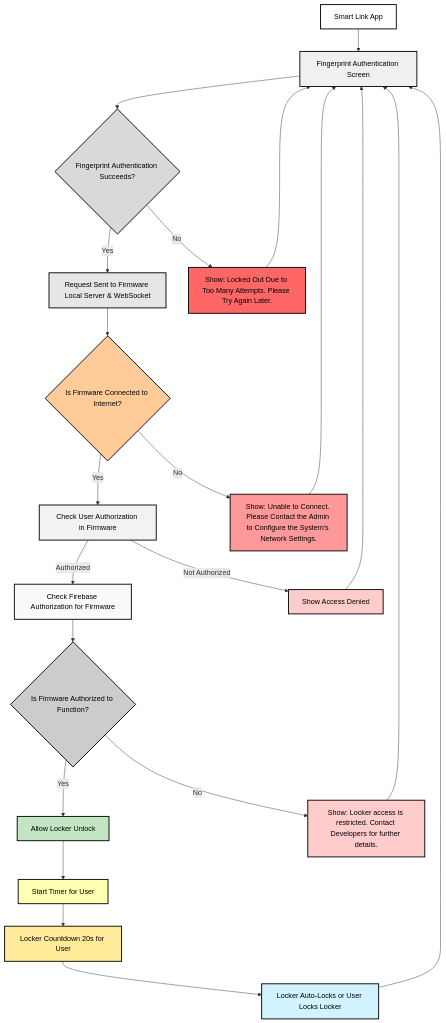
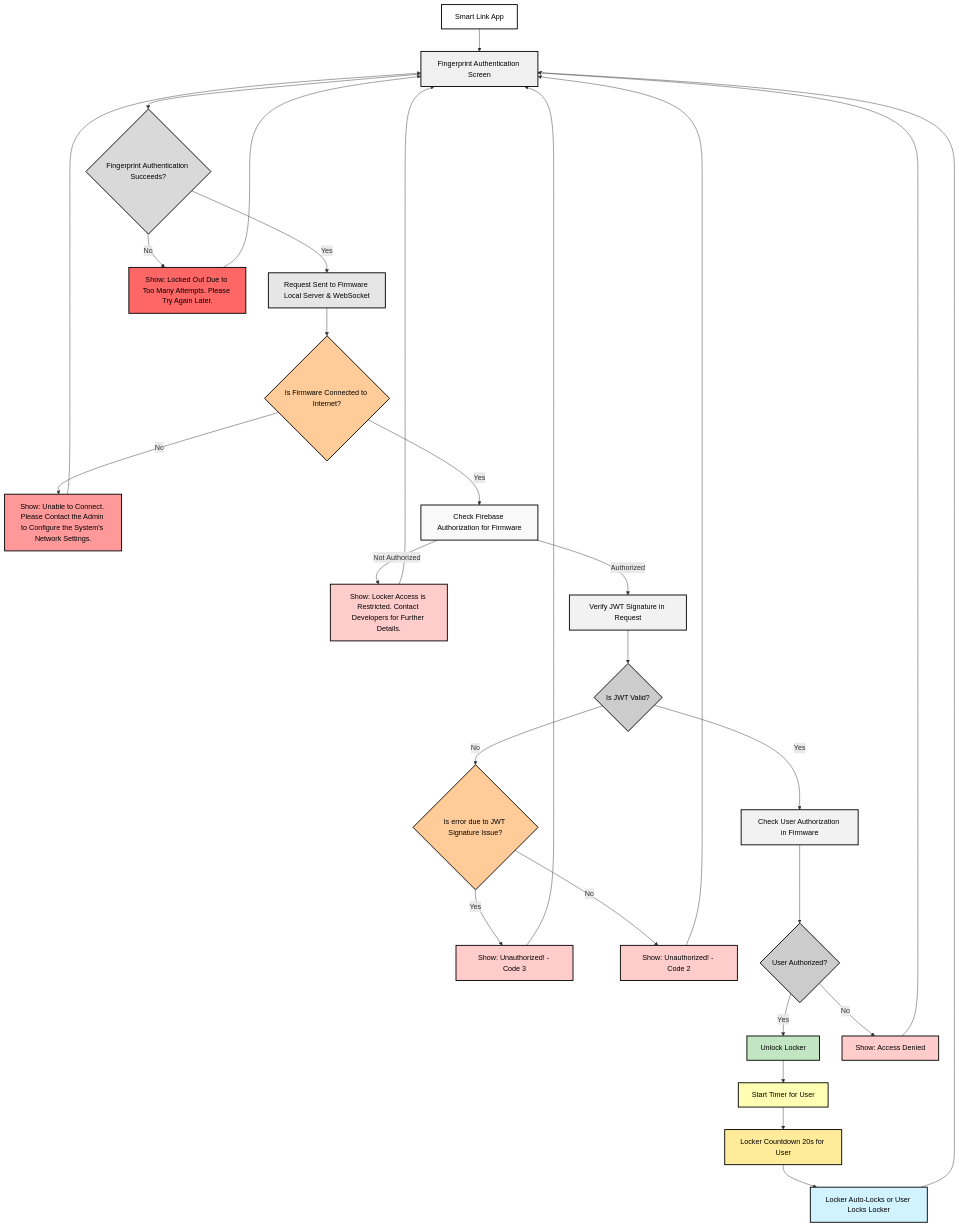
The second of 2 diagrams in README.md (mediocre9/esp-32-smart-safe-locker), drawn with Mermaid before and after one commit. The commit also changed other lines of this file, not shown here.

````diff
--- a/README.md
+++ b/README.md
@@ -106,41 +108,65 @@
 ```mermaid
-graph TD
+flowchart TD
+    %% Level 1 – Authentication
     A[Smart Link App] --> B[Fingerprint Authentication Screen]
     B --> C{Fingerprint Authentication Succeeds?}
-    C -->|Yes| D[Request Sent to Firmware Local Server & WebSocket]
-    C -->|No| N[Show: Locked Out Due to Too Many Attempts. Please Try Again Later.]
+    C -- Yes --> D[Request Sent to Firmware Local Server & WebSocket]
+    C -- No --> N[Show: Locked Out Due to Too Many Attempts. Please Try Again Later.]
     N --> B
+
+    %% Level 2 – Connectivity Check
     D --> O{Is Firmware Connected to Internet?}
-    O -->|Yes| E[Check User Authorization in Firmware]
-    O -->|No| X[Show: Unable to Connect. Please Contact the Admin to Configure the System's Network Settings.]
+    O -- No --> X[Show: Unable to Connect. Please Contact the Admin to Configure the System's Network Settings.]
     X --> B
-    E -->|Authorized| F[Check Firebase Authorization for Firmware]
-    E -->|Not Authorized| G[Show Access Denied]
+    O -- Yes --> F[Check Firebase Authorization for Firmware]
+
+    %% Level 3 – Firebase Authorization
+    F -- Not Authorized --> G[Show: Locker Access is Restricted. Contact Developers for Further Details.]
     G --> B
-    F --> H{Is Firmware Authorized to Function?}
-    H -->|Yes| I[Allow Locker Unlock]
-    H -->|No| J[Show: Locker access is restricted. Contact Developers for further details.]
-    J --> B
-    I --> K[Start Timer for User]
-    K --> L[Locker Countdown 20s for User]
-    L --> M[Locker Auto-Locks or User Locks Locker]
+    F -- Authorized --> H[Verify JWT Signature in Request]
+
+    %% Level 4 – JWT Verification
+    H --> I{Is JWT Valid?}
+    I -- Yes --> J[Check User Authorization in Firmware]
+    I -- No --> K{Is error due to JWT Signature Issue?}
+    K -- Yes --> M[Show: Unauthorized! - Code 3]
+    K -- No --> L[Show: Unauthorized! - Code 2]
     M --> B
+    L --> B
 
+    %% Level 5 – User Authorization
+    J --> Q{User Authorized?}
+    Q -- Yes --> R[Unlock Locker]
+    Q -- No --> Y[Show: Access Denied]
+    Y --> B
+
+    %% Level 6 – Locker Operation
+    R --> S[Start Timer for User]
+    S --> T[Locker Countdown 20s for User]
+    T --> U[Locker Auto-Locks or User Locks Locker]
+    U --> B
+
+    %% Styling
     style A fill:#ffffff,stroke:#000000,stroke-width:2px,color:#000000
     style B fill:#f0f0f0,stroke:#000000,stroke-width:2px,color:#000000
     style C fill:#d9d9d9,stroke:#000000,stroke-width:2px,color:#000000
     style D fill:#e6e6e6,stroke:#000000,stroke-width:2px,color:#000000
-    style E fill:#f2f2f2,stroke:#000000,stroke-width:2px,color:#000000
-    style F fill:#f9f9f9,stroke:#000000,stroke-width:2px,color:#000000
-    style G fill:#ffcccc,stroke:#000000,stroke-width:2px,color:#000000
-    style H fill:#cccccc,stroke:#000000,stroke-width:2px,color:#000000
-    style I fill:#c1e6c1,stroke:#000000,stroke-width:2px,color:#000000
-    style J fill:#ffcccc,stroke:#000000,stroke-width:2px,color:#000000
-    style K fill:#ffffb3,stroke:#000000,stroke-width:2px,color:#000000
-    style L fill:#ffeb99,stroke:#000000,stroke-width:2px,color:#000000
-    style M fill:#d1f2ff,stroke:#000000,stroke-width:2px,color:#000000
     style N fill:#ff6666,stroke:#000000,stroke-width:2px,color:#000000
     style O fill:#ffcc99,stroke:#000000,stroke-width:2px,color:#000000
     style X fill:#ff9999,stroke:#000000,stroke-width:2px,color:#000000
+    style F fill:#f9f9f9,stroke:#000000,stroke-width:2px,color:#000000
+    style G fill:#ffcccc,stroke:#000000,stroke-width:2px,color:#000000
+    style H fill:#f2f2f2,stroke:#000000,stroke-width:2px,color:#000000
+    style I fill:#cccccc,stroke:#000000,stroke-width:2px,color:#000000
+    style K fill:#ffcc99,stroke:#000000,stroke-width:2px,color:#000000
+    style M fill:#ffcccc,stroke:#000000,stroke-width:2px,color:#000000
+    style L fill:#ffcccc,stroke:#000000,stroke-width:2px,color:#000000
+    style J fill:#f2f2f2,stroke:#000000,stroke-width:2px,color:#000000
+    style Q fill:#cccccc,stroke:#000000,stroke-width:2px,color:#000000
+    style Y fill:#ffcccc,stroke:#000000,stroke-width:2px,color:#000000
+    style R fill:#c1e6c1,stroke:#000000,stroke-width:2px,color:#000000
+    style S fill:#ffffb3,stroke:#000000,stroke-width:2px,color:#000000
+    style T fill:#ffeb99,stroke:#000000,stroke-width:2px,color:#000000
+    style U fill:#d1f2ff,stroke:#000000,stroke-width:2px,color:#000000
 
 ```
````
